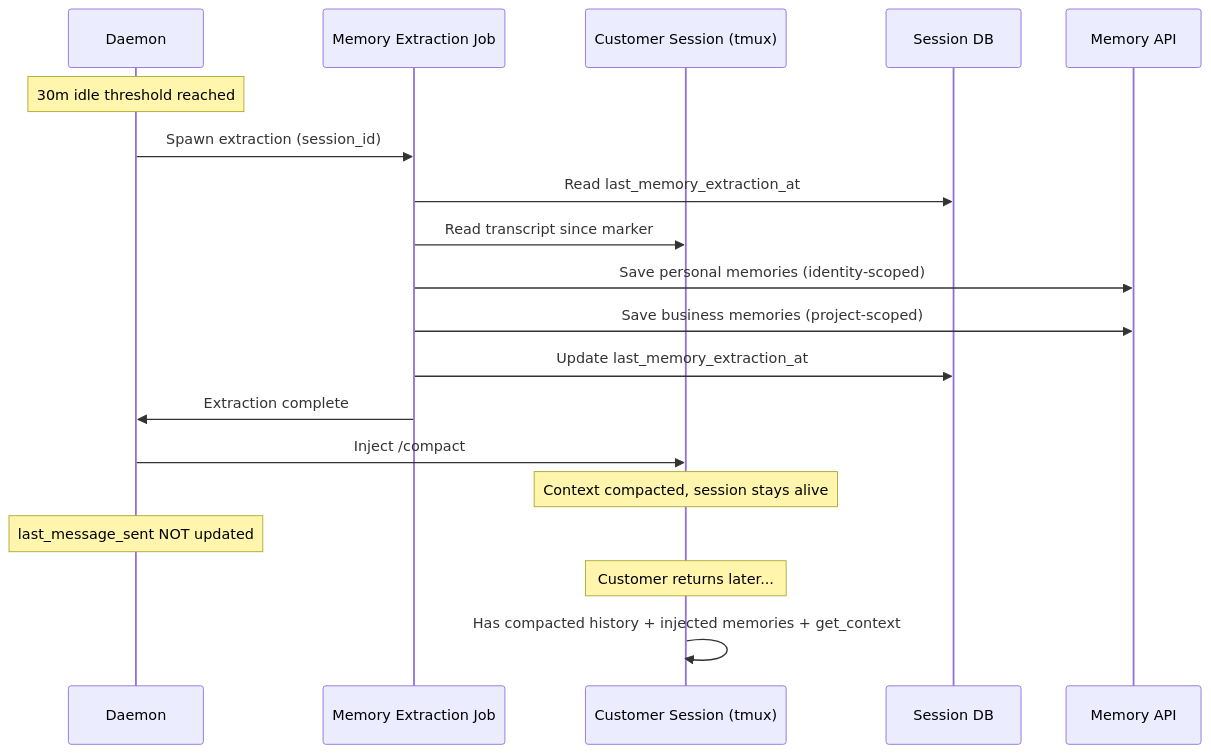
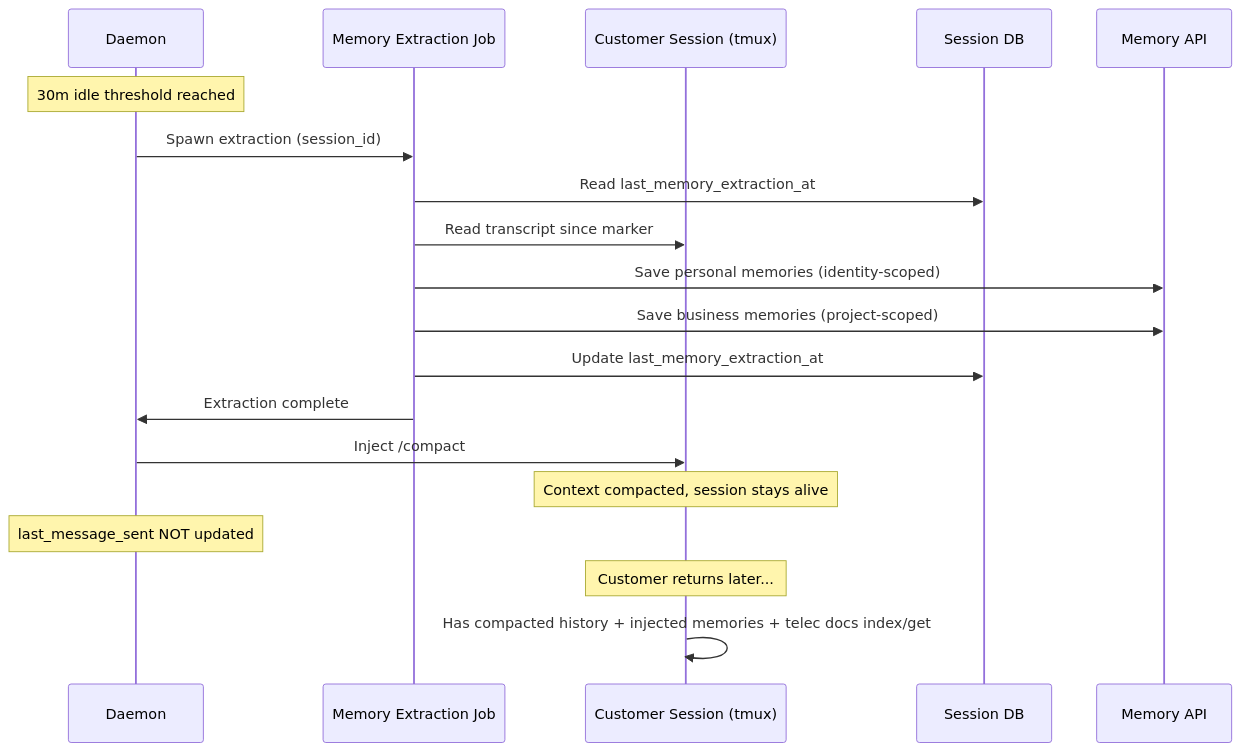
The tenth of 11 diagrams in docs/project/design/architecture/help-desk-platform.md (InstruktAI/TeleClaude), drawn with Mermaid before and after one commit. The commit also changed other lines of this file and 149 other files, not shown here.

````diff
--- a/docs/project/design/architecture/help-desk-platform.md
+++ b/docs/project/design/architecture/help-desk-platform.md
@@ -866,23 +866,23 @@
 ```mermaid
 sequenceDiagram
     participant Daemon
     participant Job as Memory Extraction Job
     participant Agent as Customer Session (tmux)
     participant DB as Session DB
     participant Memory as Memory API
 
     Note over Daemon: 30m idle threshold reached
     Daemon->>Job: Spawn extraction (session_id)
     Job->>DB: Read last_memory_extraction_at
     Job->>Agent: Read transcript since marker
     Job->>Memory: Save personal memories (identity-scoped)
     Job->>Memory: Save business memories (project-scoped)
     Job->>DB: Update last_memory_extraction_at
     Job->>Daemon: Extraction complete
     Daemon->>Agent: Inject /compact
     Note over Agent: Context compacted, session stays alive
     Note over Daemon: last_message_sent NOT updated
 
     Note over Agent: Customer returns later...
-    Agent->>Agent: Has compacted history + injected memories + get_context
+    Agent->>Agent: Has compacted history + injected memories + telec docs index/get
 ```
````
